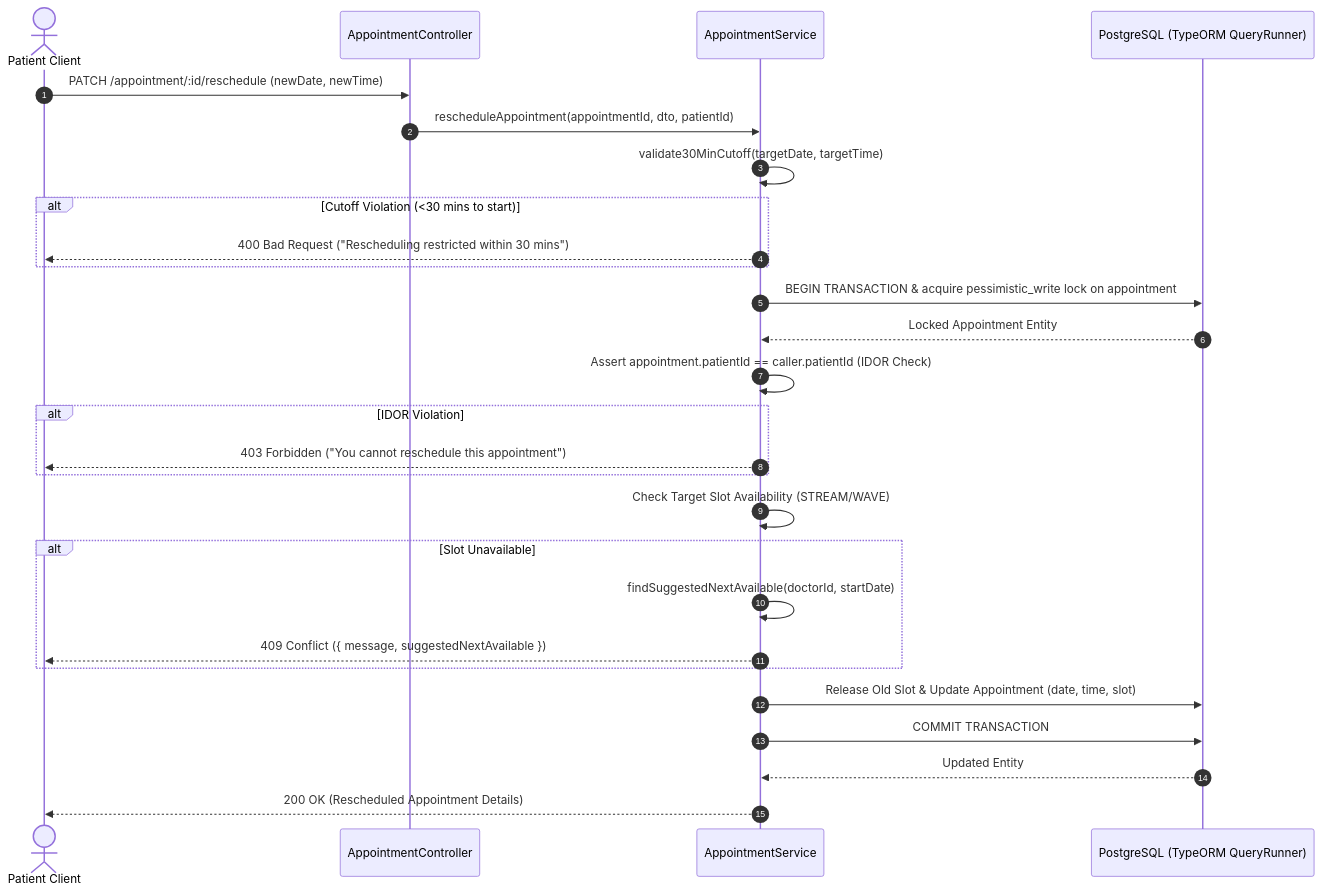
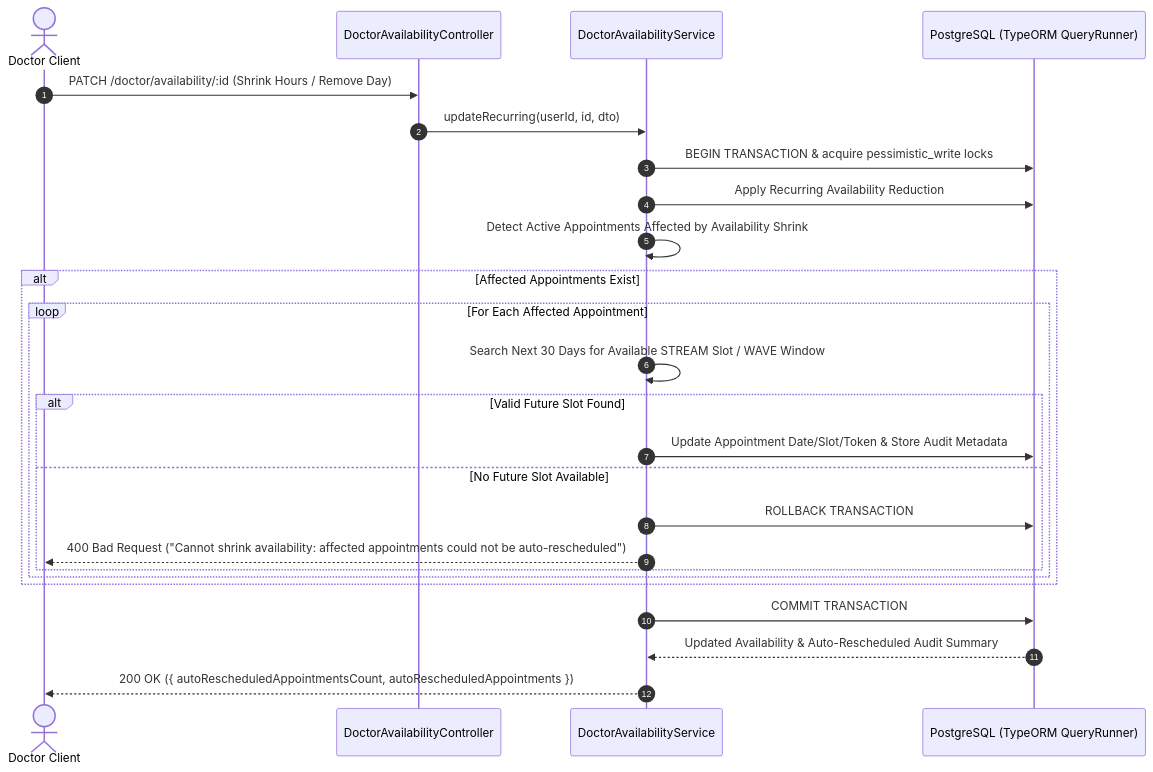
The diagram in README.md (Jagadeesh729/schedula-jagadeesh), drawn with Mermaid before and after one commit. The commit also changed other lines of this file and 8 other files, not shown here.

Commit message:
feat(elastic-scheduling): implement Day 13 Elastic Scheduling Engine (Shrink & Expand Availability) with 103 test scenarios

````diff
--- a/README.md
+++ b/README.md
@@ -78,30 +82,28 @@
 ```mermaid
 sequenceDiagram
     autonumber
-    actor Patient as Patient Client
-    participant Ctrl as AppointmentController
-    participant Svc as AppointmentService
+    actor Doctor as Doctor Client
+    participant Ctrl as DoctorAvailabilityController
+    participant Svc as DoctorAvailabilityService
     participant DB as PostgreSQL (TypeORM QueryRunner)
 
-    Patient->>Ctrl: PATCH /appointment/:id/reschedule (newDate, newTime)
-    Ctrl->>Svc: rescheduleAppointment(appointmentId, dto, patientId)
-    Svc->>Svc: validate30MinCutoff(targetDate, targetTime)
-    alt Cutoff Violation (<30 mins to start)
-        Svc-->>Patient: 400 Bad Request ("Rescheduling restricted within 30 mins")
+    Doctor->>Ctrl: PATCH /doctor/availability/:id (Shrink Hours / Remove Day)
+    Ctrl->>Svc: updateRecurring(userId, id, dto)
+    Svc->>DB: BEGIN TRANSACTION & acquire pessimistic_write locks
+    Svc->>DB: Apply Recurring Availability Reduction
+    Svc->>Svc: Detect Active Appointments Affected by Availability Shrink
+    alt Affected Appointments Exist
+        loop For Each Affected Appointment
+            Svc->>Svc: Search Next 30 Days for Available STREAM Slot / WAVE Window
+            alt Valid Future Slot Found
+                Svc->>DB: Update Appointment Date/Slot/Token & Store Audit Metadata
+            else No Future Slot Available
+                Svc->>DB: ROLLBACK TRANSACTION
+                Svc-->>Doctor: 400 Bad Request ("Cannot shrink availability: affected appointments could not be auto-rescheduled")
+            end
+        end
     end
-    Svc->>DB: BEGIN TRANSACTION & acquire pessimistic_write lock on appointment
-    DB-->>Svc: Locked Appointment Entity
-    Svc->>Svc: Assert appointment.patientId == caller.patientId (IDOR Check)
-    alt IDOR Violation
-        Svc-->>Patient: 403 Forbidden ("You cannot reschedule this appointment")
-    end
-    Svc->>Svc: Check Target Slot Availability (STREAM/WAVE)
-    alt Slot Unavailable
-        Svc->>Svc: findSuggestedNextAvailable(doctorId, startDate)
-        Svc-->>Patient: 409 Conflict ({ message, suggestedNextAvailable })
-    end
-    Svc->>DB: Release Old Slot & Update Appointment (date, time, slot)
     Svc->>DB: COMMIT TRANSACTION
-    DB-->>Svc: Updated Entity
-    Svc-->>Patient: 200 OK (Rescheduled Appointment Details)
+    DB-->>Svc: Updated Availability & Auto-Rescheduled Audit Summary
+    Svc-->>Doctor: 200 OK ({ autoRescheduledAppointmentsCount, autoRescheduledAppointments })
 ```
````
